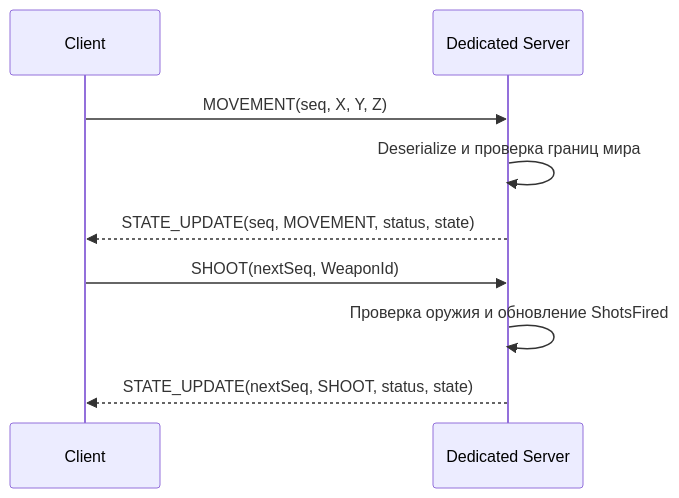
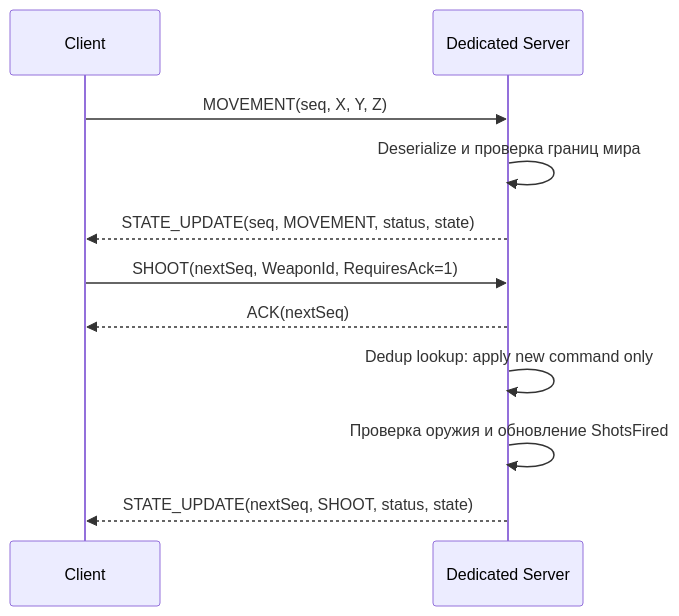
Before and after one commit to teeeema/prac-1-udp-csharp: the third of 6 diagrams in docs/Architecture_Design.md, drawn with Mermaid. The commit also changed other lines of this file and 12 other files, not shown here.

Commit message:
docs: add measured reliability results and reproducible graphs

````diff
--- a/docs/Architecture_Design.md
+++ b/docs/Architecture_Design.md
@@ -120,11 +124,13 @@
 ```mermaid
 sequenceDiagram
     participant C as Client
     participant S as Dedicated Server
     C->>S: MOVEMENT(seq, X, Y, Z)
     S->>S: Deserialize и проверка границ мира
     S-->>C: STATE_UPDATE(seq, MOVEMENT, status, state)
-    C->>S: SHOOT(nextSeq, WeaponId)
+    C->>S: SHOOT(nextSeq, WeaponId, RequiresAck=1)
+    S-->>C: ACK(nextSeq)
+    S->>S: Dedup lookup: apply new command only
     S->>S: Проверка оружия и обновление ShotsFired
     S-->>C: STATE_UPDATE(nextSeq, SHOOT, status, state)
 ```
````
